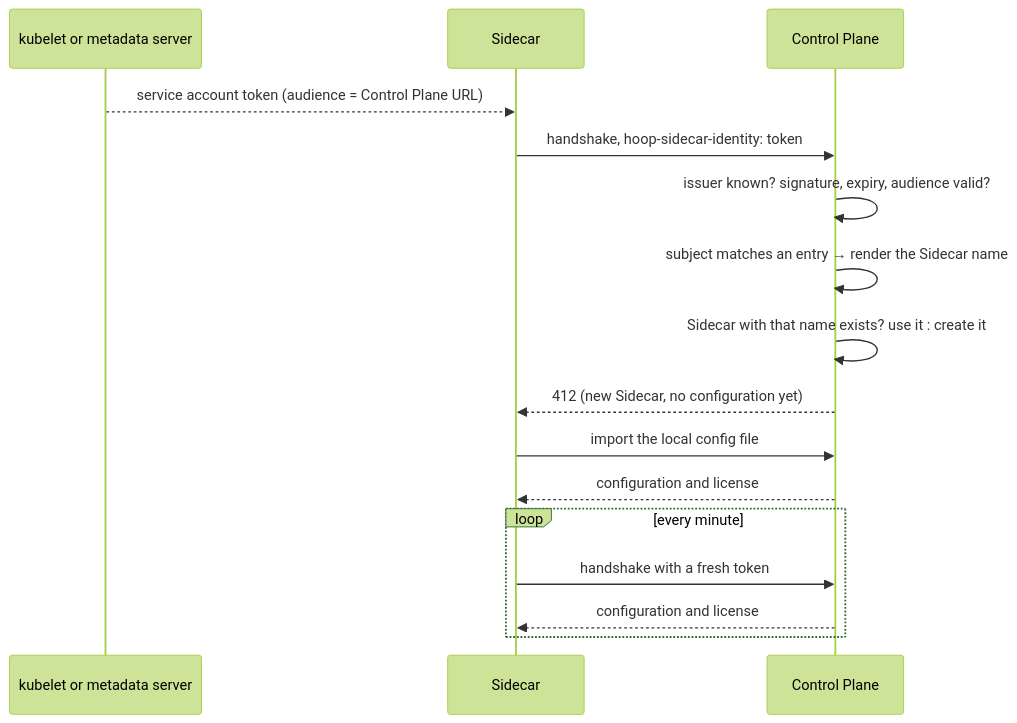
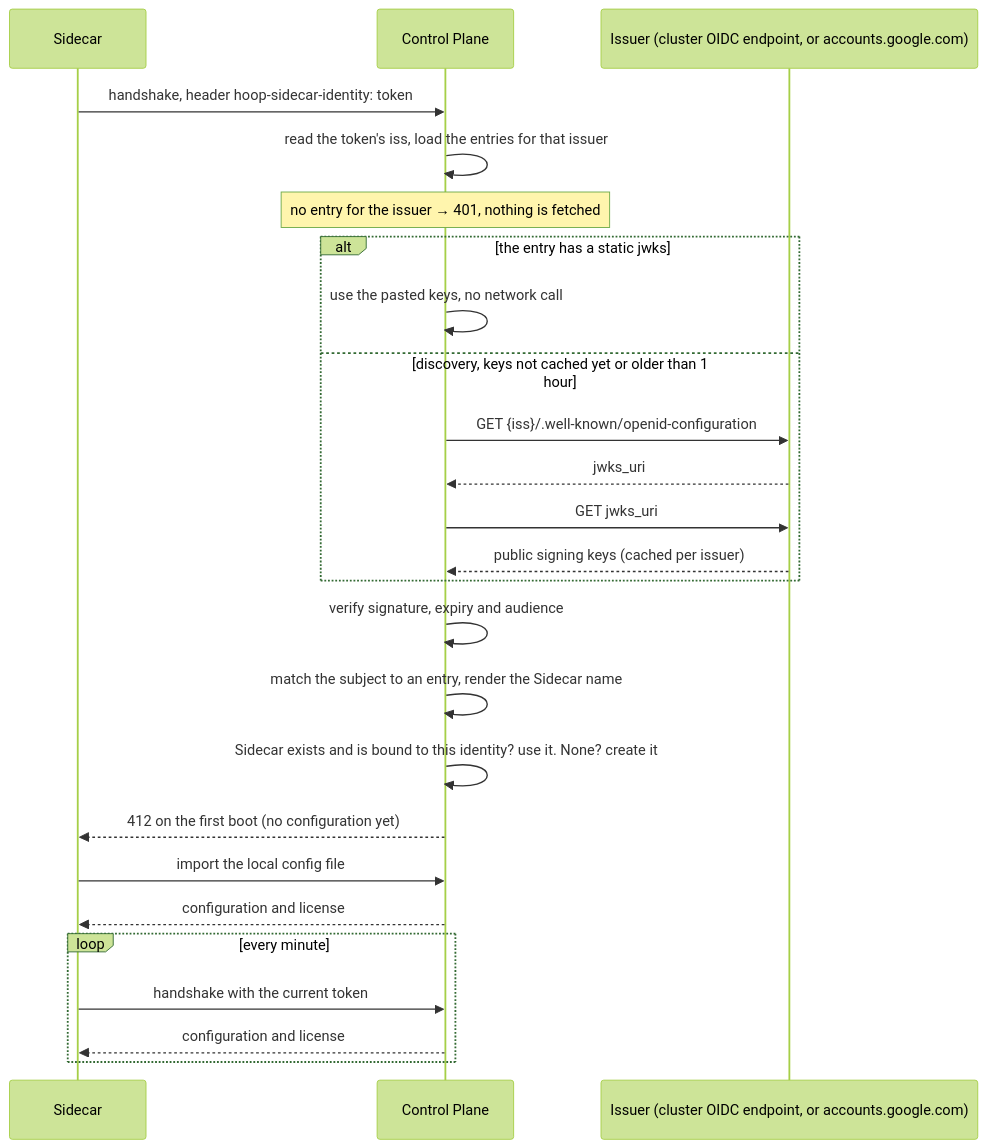
Before and after one commit to hoophq/documentation: the second of 2 diagrams in setup/configuration/hoop-sidecar/service-accounts.mdx, drawn with Mermaid (forest theme). The commit also changed other lines of this file, not shown here.

Commit message:
docs(sidecar): split the service account flow into token and validation, add control plane connectivity

````diff
--- a/setup/configuration/hoop-sidecar/service-accounts.mdx
+++ b/setup/configuration/hoop-sidecar/service-accounts.mdx
@@ -25,19 +52,28 @@
 ```mermaid
 sequenceDiagram
-    participant K as kubelet or metadata server
     participant S as Sidecar
     participant CP as Control Plane
+    participant I as Issuer (cluster OIDC endpoint, or accounts.google.com)
 
-    K-->>S: service account token (audience = Control Plane URL)
-    S->>CP: handshake, hoop-sidecar-identity: token
-    CP->>CP: issuer known? signature, expiry, audience valid?
-    CP->>CP: subject matches an entry → render the Sidecar name
-    CP->>CP: Sidecar with that name exists? use it : create it
-    CP-->>S: 412 (new Sidecar, no configuration yet)
+    S->>CP: handshake, header hoop-sidecar-identity: token
+    CP->>CP: read the token's iss, load the entries for that issuer
+    Note over CP: no entry for the issuer → 401, nothing is fetched
+    alt the entry has a static jwks
+        CP->>CP: use the pasted keys, no network call
+    else discovery, keys not cached yet or older than 1 hour
+        CP->>I: GET {iss}/.well-known/openid-configuration
+        I-->>CP: jwks_uri
+        CP->>I: GET jwks_uri
+        I-->>CP: public signing keys (cached per issuer)
+    end
+    CP->>CP: verify signature, expiry and audience
+    CP->>CP: match the subject to an entry, render the Sidecar name
+    CP->>CP: Sidecar exists and is bound to this identity? use it. None? create it
+    CP-->>S: 412 on the first boot (no configuration yet)
     S->>CP: import the local config file
     CP-->>S: configuration and license
     loop every minute
-        S->>CP: handshake with a fresh token
+        S->>CP: handshake with the current token
         CP-->>S: configuration and license
     end
 ```
````
